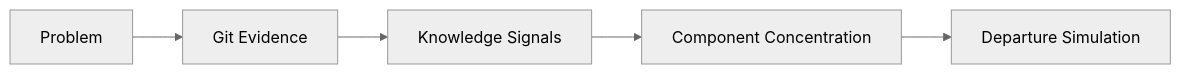
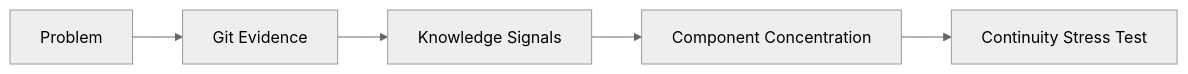
The first of 2 diagrams in README.md (engineering-continuity-labs/engineering-continuity-lab), drawn with Mermaid (neutral theme) before and after one commit. The commit also changed other lines of this file and 2 other files, not shown here.

Commit message:
fix: align Pages validation and continuity terminology

````diff
--- a/README.md
+++ b/README.md
@@ -13,7 +13,7 @@
 ```mermaid
 flowchart LR
     A[Problem] --> B[Git Evidence]
     B --> C[Knowledge Signals]
     C --> D[Component Concentration]
-    D --> E[Departure Simulation]
+    D --> E[Continuity Stress Test]
 ```
````
